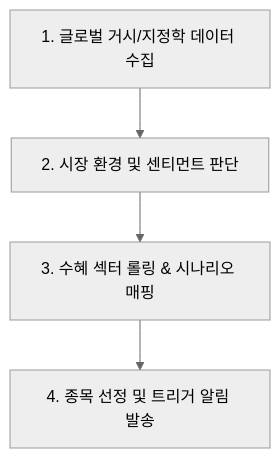
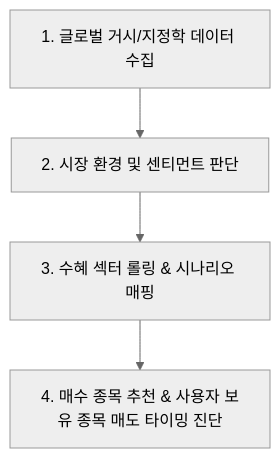
One commit to tjrdlsck/StockLatte changed the first of 2 diagrams in docs/proposals/MACRO_STOCK_RECOMMENDATION_PROPOSAL.md. Above: the diagram before and after it, drawn with Mermaid (neutral theme). The commit also changed other lines of this file, not shown here.

````diff
--- a/docs/proposals/MACRO_STOCK_RECOMMENDATION_PROPOSAL.md
+++ b/docs/proposals/MACRO_STOCK_RECOMMENDATION_PROPOSAL.md
@@ -22,6 +23,6 @@
 ```mermaid
 flowchart TD
     A[1. 글로벌 거시/지정학 데이터 수집] --> B[2. 시장 환경 및 센티먼트 판단]
     B --> C[3. 수혜 섹터 롤링 & 시나리오 매핑]
-    C --> D[4. 종목 선정 및 트리거 알림 발송]
+    C --> D[4. 매수 종목 추천 & 사용자 보유 종목 매도 타이밍 진단]
 ```
````
